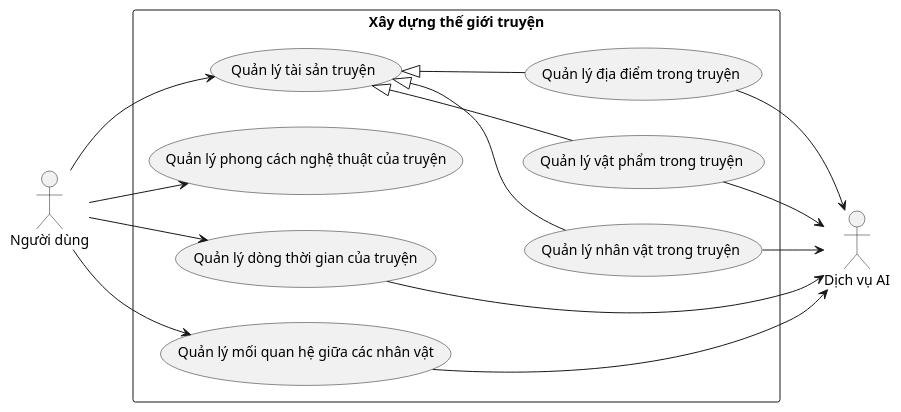
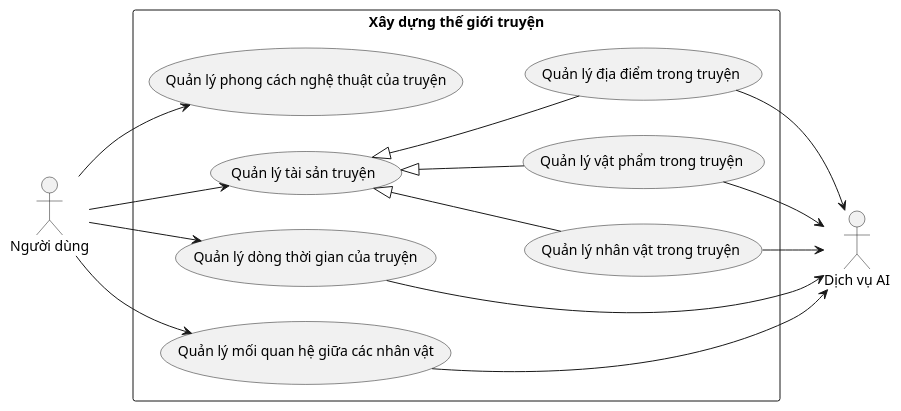
One commit to 202416852-anhpv/story2video-docs changed the diagram in docs/bieu-do-uc/bieu-do-uc-chi-tiet/setup/xay-dung-the-gioi-truyen.puml. Above: the diagram before and after it, drawn with PlantUML. The commit also changed 1 other file, not shown here.

```diff
--- a/docs/bieu-do-uc/bieu-do-uc-chi-tiet/setup/xay-dung-the-gioi-truyen.puml
+++ b/docs/bieu-do-uc/bieu-do-uc-chi-tiet/setup/xay-dung-the-gioi-truyen.puml
@@ -1,32 +1,32 @@
 @startuml xay-dung-the-gioi-truyen
 left to right direction
 
 actor "Người dùng" as User
 actor "Dịch vụ AI" as AI_Service
 
 rectangle "Xây dựng thế giới truyện" {
-    usecase "Quản lý tài sản truyện" as UC_Assets
     usecase "Quản lý nhân vật trong truyện" as UC_01
     usecase "Quản lý vật phẩm trong truyện" as UC_02
     usecase "Quản lý địa điểm trong truyện" as UC_03
     usecase "Quản lý phong cách nghệ thuật của truyện" as UC_04
     usecase "Quản lý dòng thời gian của truyện" as UC_05
     usecase "Quản lý mối quan hệ giữa các nhân vật" as UC_06
+    usecase "Quản lý tài sản truyện" as UC_07
 }
 
-User --> UC_Assets
-UC_Assets <|-- UC_01
-UC_Assets <|-- UC_02
-UC_Assets <|-- UC_03
+User --> UC_07
+UC_07 <|-- UC_01
+UC_07 <|-- UC_02
+UC_07 <|-- UC_03
 
 User --> UC_04
 User --> UC_05
 User --> UC_06
 
 UC_01 --> AI_Service
 UC_02 --> AI_Service
 UC_03 --> AI_Service
 UC_05 --> AI_Service
 UC_06 --> AI_Service
 
 @enduml
```
